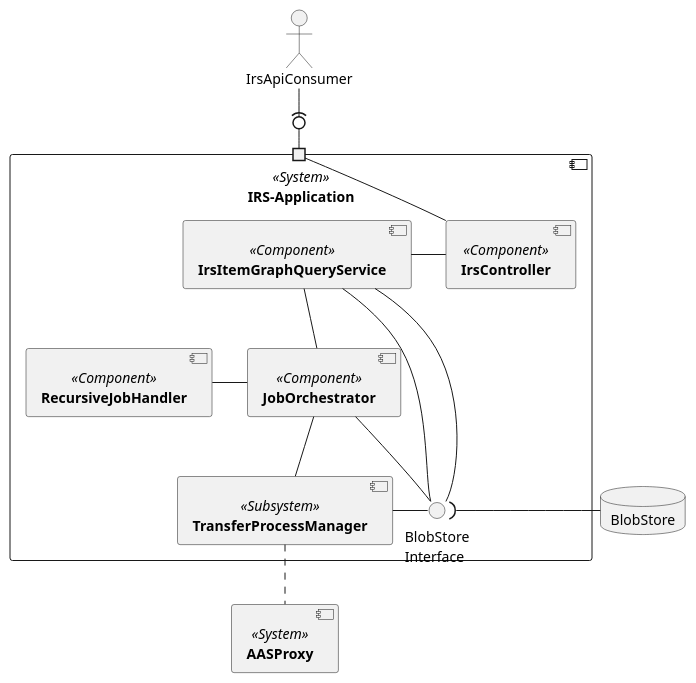
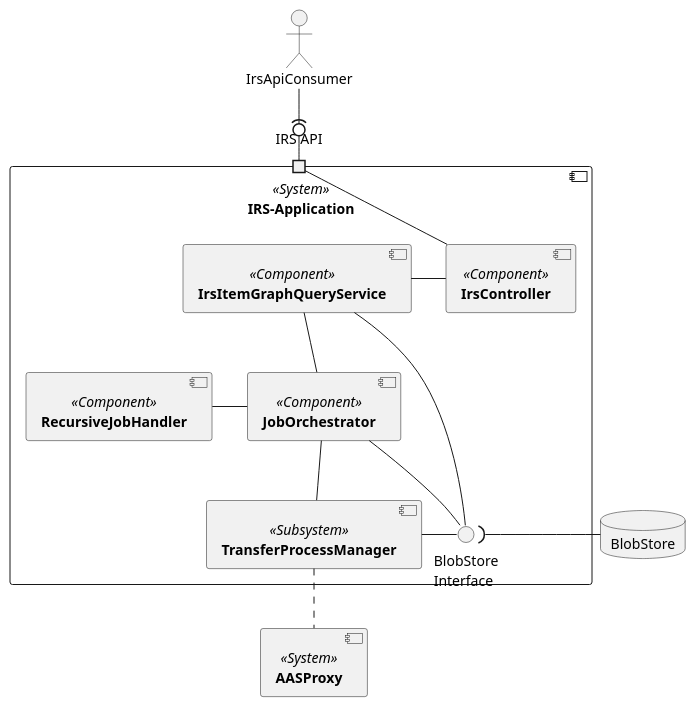
One commit to catenax-ng/product-item-relationship-service changed the diagram in uml-diagramms/irs-component-diagram-Level1.puml. Above: the diagram before and after it, drawn with PlantUML. The commit also changed 1 other file, not shown here.

```diff
--- a/uml-diagramms/irs-component-diagram-Level1.puml
+++ b/uml-diagramms/irs-component-diagram-Level1.puml
@@ -1,42 +1,42 @@
 @startuml
 skinparam monochrome true
 skinparam shadowing false
 
  component [**IRS-Application**] <<System>> as IRS {
     component [**RecursiveJobHandler**] <<Component>> as RecursiveJobHandler
     component [**IrsController**] <<Component>> as IrsController
     component [**IrsItemGraphQueryService**] <<Component>> as IrsItemGraphQueryService
     component [**JobOrchestrator**] <<Component>> as JobOrchestrator
     component [**TransferProcessManager**] <<Subsystem>> as TransferProcessManager
+
+
     'component [**AASClient**] <<Subsystem>> as AASClient
     'component [**AASFacade**] <<Subsystem>> as AASFacade
     'component [**SubmodelClient**] <<Subsystem>> as SubmodelClient
     'component [**SubmodelFacade**] <<Subsystem>> as SubmodelFacade ' --> Level2 View
 
-
-    interface "BlobStore\nInterface" as StoreInterface
-	port " " as API
+    () "BlobStore\nInterface" as StoreInterface
+	port "IRS API" as API
 
     IrsController -left- IrsItemGraphQueryService
 
     IrsItemGraphQueryService -- JobOrchestrator
     IrsItemGraphQueryService - StoreInterface
-    IrsItemGraphQueryService -up- StoreInterface
     JobOrchestrator -right- StoreInterface
     JobOrchestrator -- TransferProcessManager
     JobOrchestrator -left- RecursiveJobHandler
     TransferProcessManager - StoreInterface
 
     IrsController - API
 }
 actor IrsApiConsumer
 
 IrsApiConsumer -(0- API
 
 component [**AASProxy**] <<System>> as AASProxy
 TransferProcessManager .. AASProxy
 
 database "BlobStore" as BlobStore
 StoreInterface )-right- BlobStore
 
 @enduml
```
